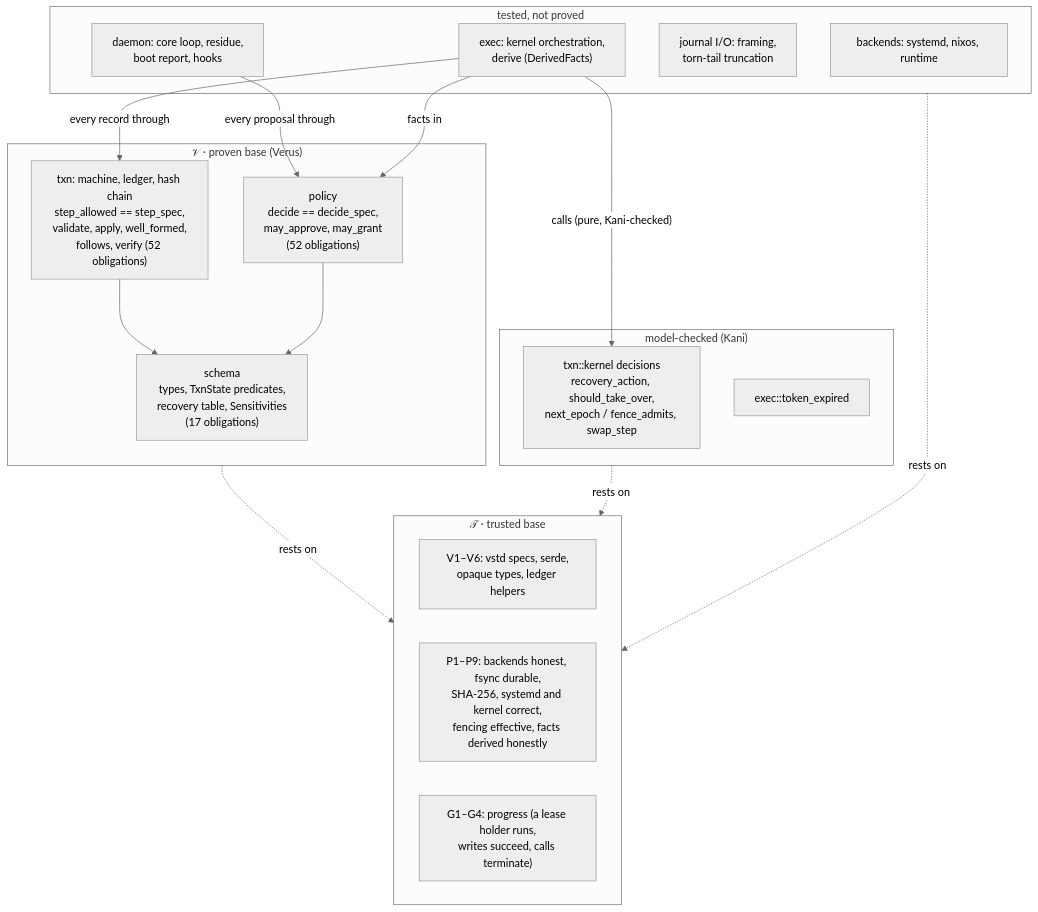
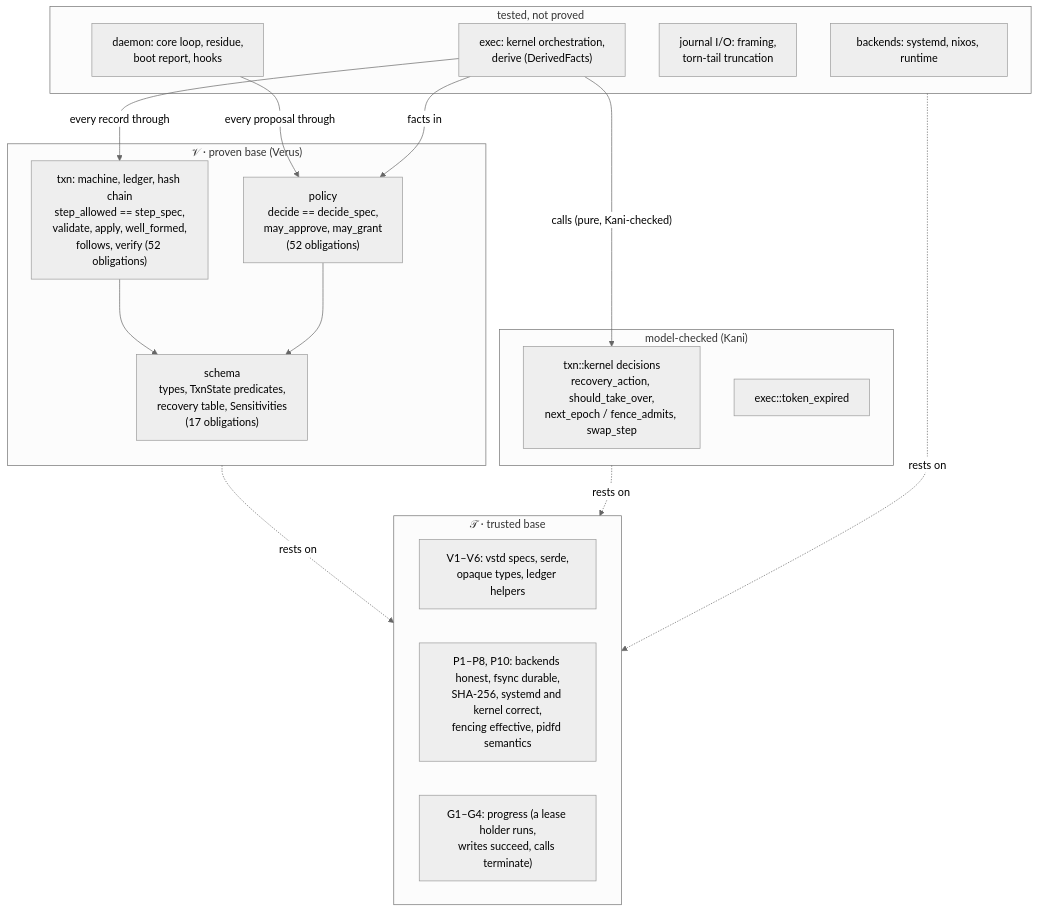
The first of 5 diagrams in docs/guarantees.md (aubrika/planarian), drawn with Mermaid (neutral theme) before and after one commit. The commit also changed other lines of this file and 8 other files, not shown here.

````diff
--- a/docs/guarantees.md
+++ b/docs/guarantees.md
@@ -27,32 +27,32 @@
 ```mermaid
 flowchart TB
   subgraph V["𝒱 · proven base (Verus)"]
     schema["schema<br/>types, TxnState predicates,<br/>recovery table, Sensitivities<br/>(17 obligations)"]
     policy["policy<br/>decide == decide_spec,<br/>may_approve, may_grant<br/>(52 obligations)"]
     txn["txn: machine, ledger, hash chain<br/>step_allowed == step_spec,<br/>validate, apply, well_formed,<br/>follows, verify (52 obligations)"]
   end
   subgraph K["model-checked (Kani)"]
     kern["txn::kernel decisions<br/>recovery_action, should_take_over,<br/>next_epoch / fence_admits, swap_step"]
     tok["exec::token_expired"]
   end
   subgraph T["tested, not proved"]
     exec["exec: kernel orchestration,<br/>derive (DerivedFacts)"]
     daemon["daemon: core loop, residue,<br/>boot report, hooks"]
     journal["journal I/O: framing,<br/>torn-tail truncation"]
     backends["backends: systemd, nixos, runtime"]
   end
   subgraph A["𝒯 · trusted base"]
     vstd["V1–V6: vstd specs, serde,<br/>opaque types, ledger helpers"]
-    plat["P1–P9: backends honest, fsync durable,<br/>SHA-256, systemd and kernel correct,<br/>fencing effective, facts derived honestly"]
+    plat["P1–P8, P10: backends honest, fsync durable,<br/>SHA-256, systemd and kernel correct,<br/>fencing effective, pidfd semantics"]
     prog["G1–G4: progress (a lease holder runs,<br/>writes succeed, calls terminate)"]
   end
   exec -->|"calls (pure, Kani-checked)"| kern
   exec -->|"every record through"| txn
   daemon -->|"every proposal through"| policy
   exec -->|"facts in"| policy
   txn --> schema
   policy --> schema
   V -.->|rests on| A
   K -.->|rests on| A
   T -.->|rests on| A
 ```
````
